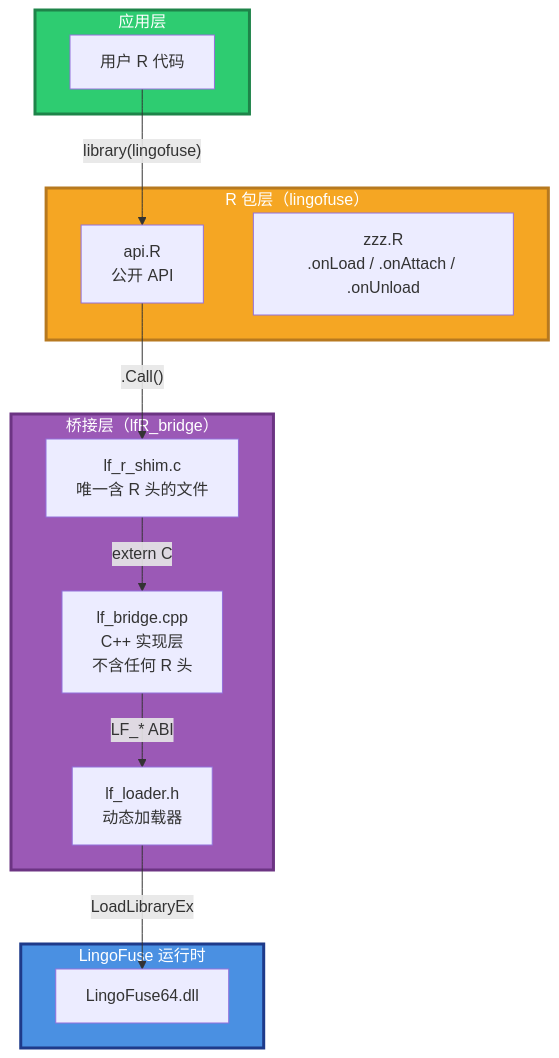
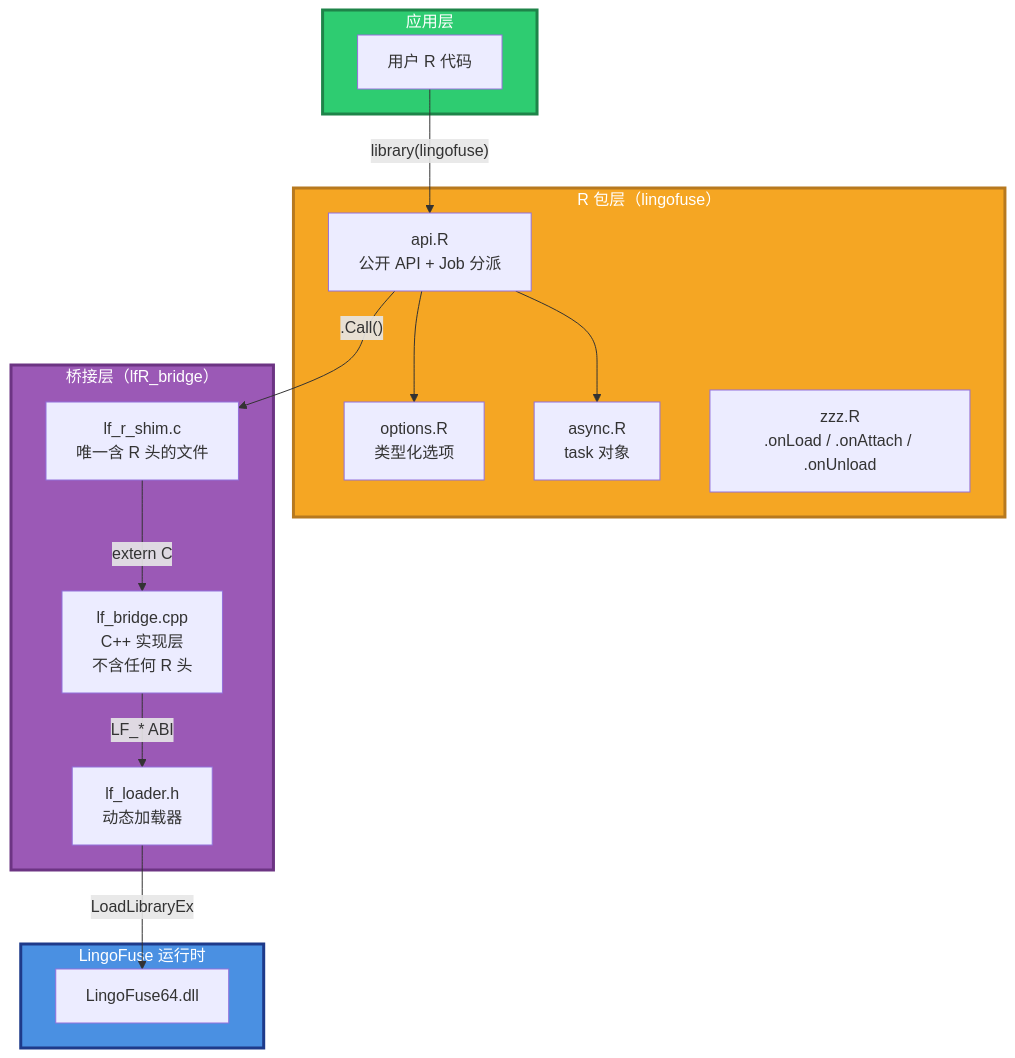
One commit to PassByYou888/LingoFuse changed the third of 9 diagrams in r/README.md. Above: the diagram before and after it, drawn with Mermaid. The commit also changed other lines of this file and 155 other files, not shown here.

````diff
--- a/r/README.md
+++ b/r/README.md
@@ -245,32 +661,36 @@
 ```mermaid
 graph TB
     subgraph L1["应用层"]
         USER["用户 R 代码"]
     end
 
     subgraph L2["R 包层（lingofuse）"]
-        API["api.R<br/>公开 API"]
+        API["api.R<br/>公开 API + Job 分派"]
+        OPT["options.R<br/>类型化选项"]
+        ASYNC["async.R<br/>task 对象"]
         ZZZ["zzz.R<br/>.onLoad / .onAttach / .onUnload"]
     end
 
     subgraph L3["桥接层（lfR_bridge）"]
         SHIM["lf_r_shim.c<br/>唯一含 R 头的文件"]
         BRIDGE["lf_bridge.cpp<br/>C++ 实现层<br/>不含任何 R 头"]
         LOADER["lf_loader.h<br/>动态加载器"]
     end
 
     subgraph L4["LingoFuse 运行时"]
         CORE["LingoFuse64.dll"]
     end
 
     USER -->|"library(lingofuse)"| API
+    API --> OPT
+    API --> ASYNC
     API -->|".Call()"| SHIM
     SHIM -->|"extern C"| BRIDGE
     BRIDGE -->|"LF_* ABI"| LOADER
     LOADER -->|"LoadLibraryEx"| CORE
 
     style L1 fill:#2ECC71,stroke:#1E8449,stroke-width:3px,color:#FFFFFF
     style L2 fill:#F5A623,stroke:#B7791F,stroke-width:3px,color:#FFFFFF
     style L3 fill:#9B59B6,stroke:#6C3483,stroke-width:3px,color:#FFFFFF
     style L4 fill:#4A90E2,stroke:#1E3A8A,stroke-width:3px,color:#FFFFFF
 ```
````
